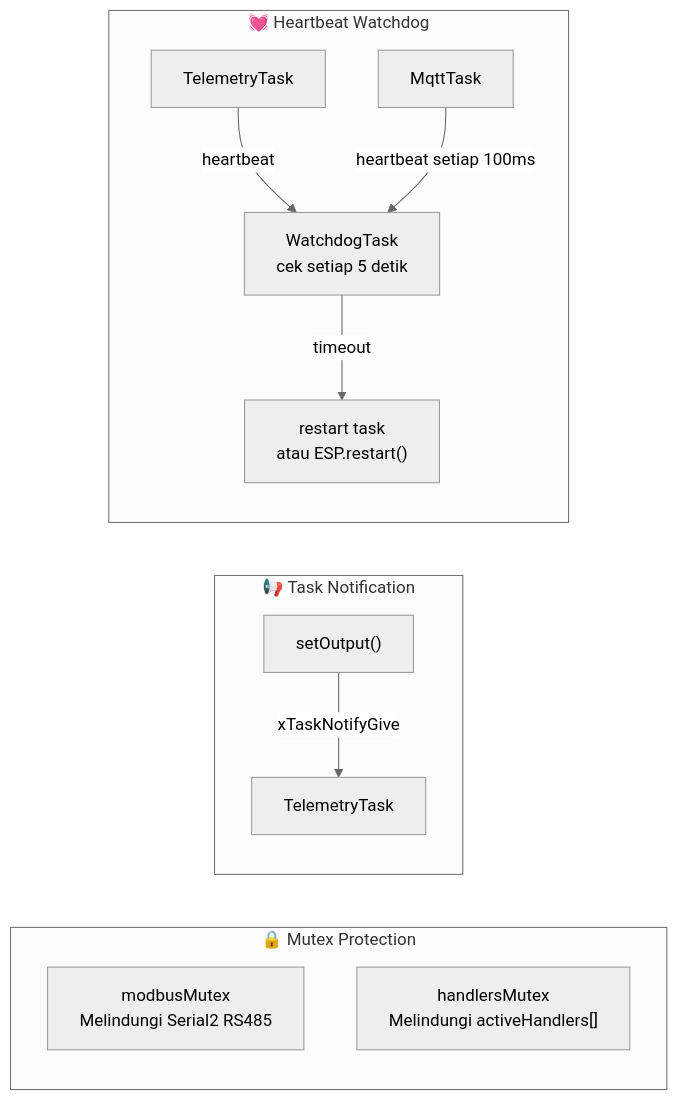
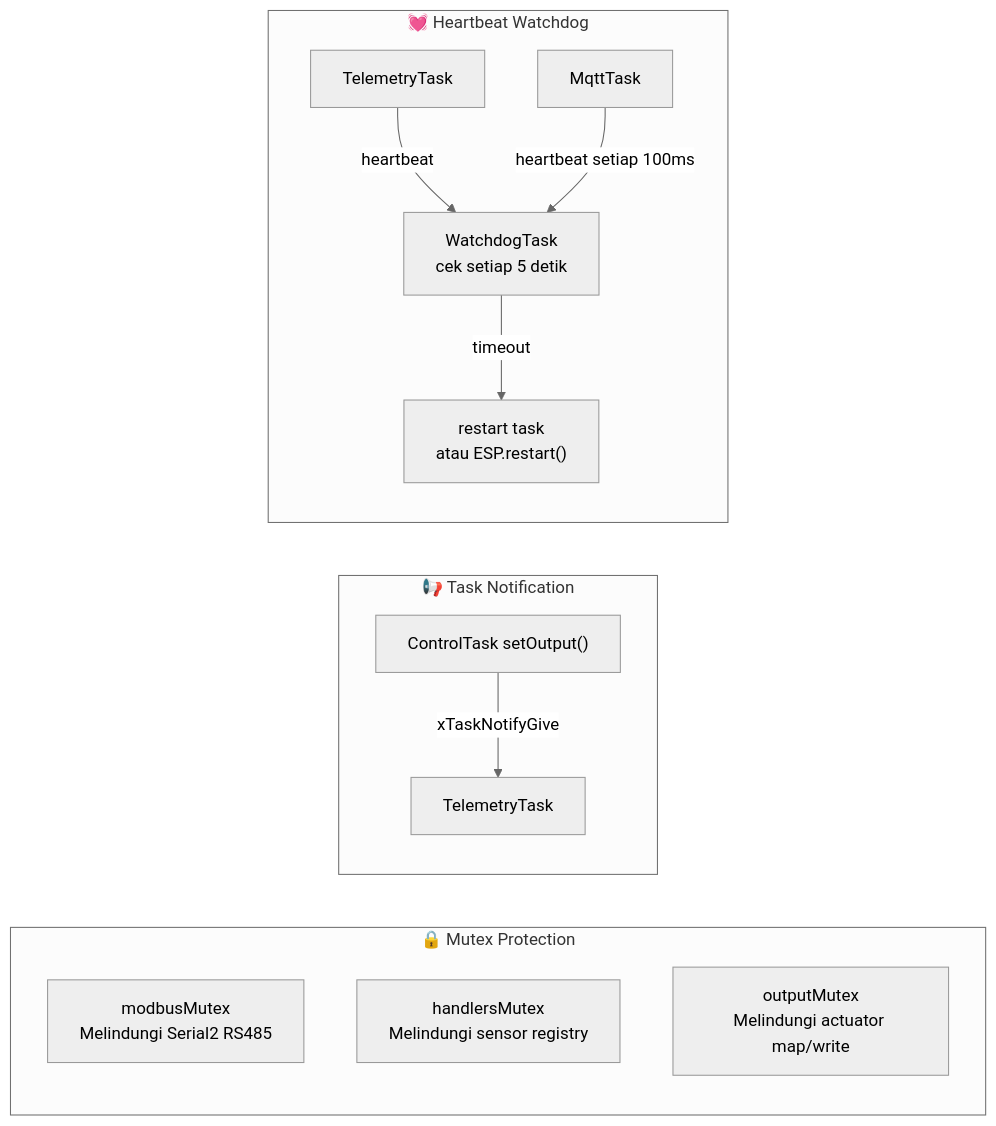
Before and after one commit to Rezen351/enyx-enterprise: the second of 5 diagrams in docs/firmware.md, drawn with Mermaid (neutral theme). The commit also changed other lines of this file and 7 other files, not shown here.

Commit message:
feat(firmware): add ControlTask, serialize MQTT publish, and harden WiFi auth

````diff
--- a/docs/firmware.md
+++ b/docs/firmware.md
@@ -48,15 +51,16 @@
 ```mermaid
 flowchart LR
     subgraph MUTEX["🔒 Mutex Protection"]
         MM["modbusMutex\nMelindungi Serial2 RS485"]
-        HM["handlersMutex\nMelindungi activeHandlers[]"]
+        HM["handlersMutex\nMelindungi sensor registry"]
+        OM["outputMutex\nMelindungi actuator map/write"]
     end
     subgraph NOTIF["📢 Task Notification"]
-        SO["setOutput()"] -->|xTaskNotifyGive| TT["TelemetryTask"]
+        SO["ControlTask setOutput()"] -->|xTaskNotifyGive| TT["TelemetryTask"]
     end
     subgraph HB["💓 Heartbeat Watchdog"]
         TELE2["TelemetryTask"] -->|heartbeat| WDT["WatchdogTask\ncek setiap 5 detik"]
         MQTTT["MqttTask"] -->|heartbeat setiap 100ms| WDT
         WDT -->|timeout| RST["restart task\natau ESP.restart()"]
     end
 ```
````
